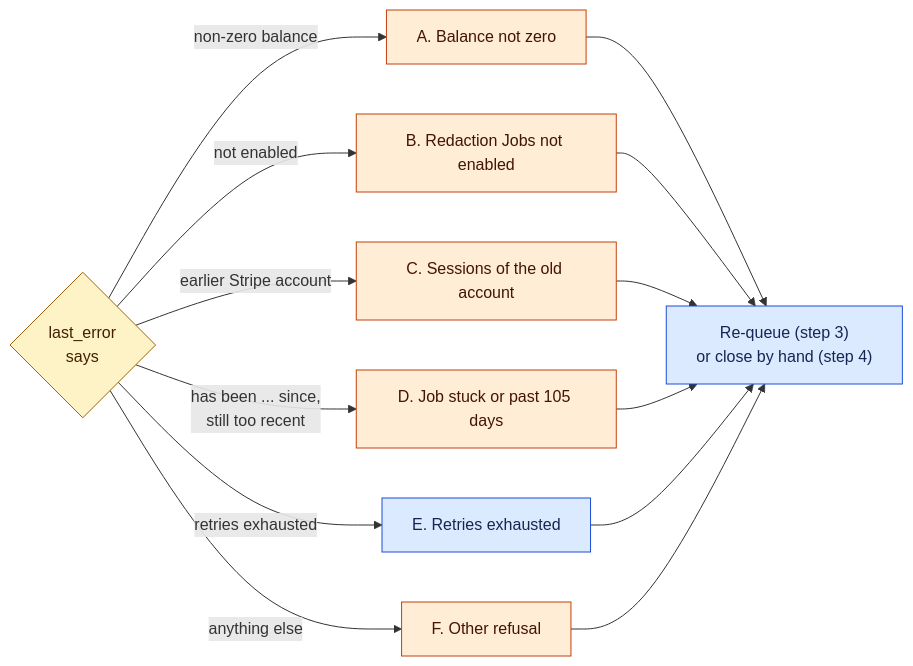
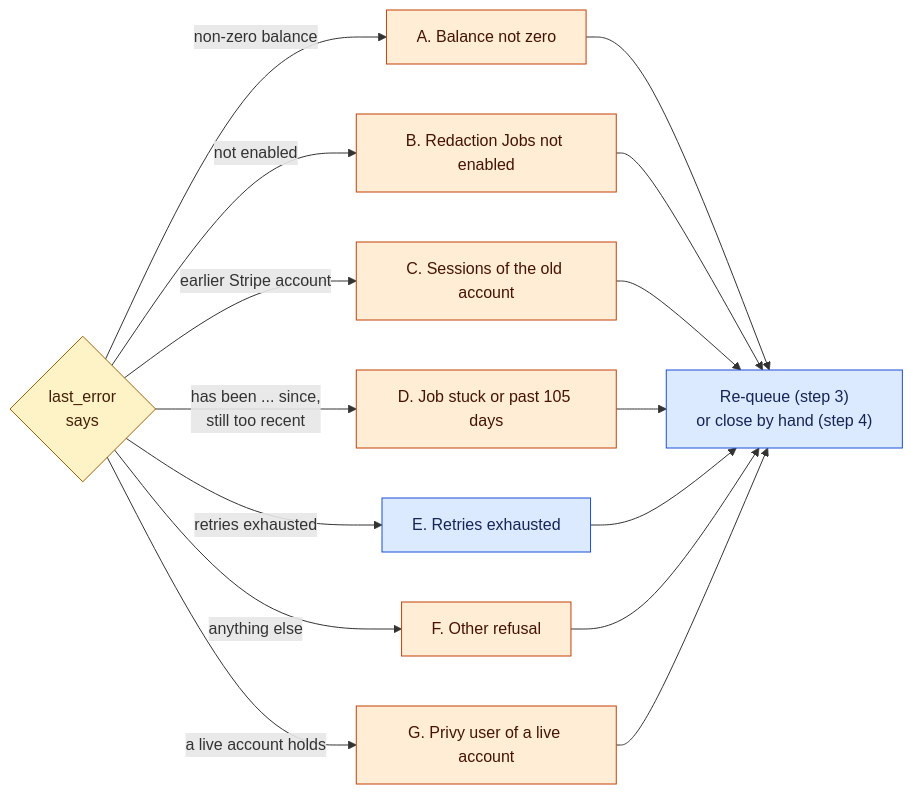
One commit to Layr-Labs/d-inference changed the second of 2 diagrams in docs/operations/account-erasure.md. Above: the diagram before and after it, drawn with Mermaid. The commit also changed other lines of this file and 8 other files, not shown here.

````diff
--- a/docs/operations/account-erasure.md
+++ b/docs/operations/account-erasure.md
@@ -234,15 +236,16 @@
    ```mermaid
    flowchart LR
      classDef q fill:#fef3c7,stroke:#a16207,color:#422006
      classDef act fill:#dbeafe,stroke:#1d4ed8,color:#172554
      classDef hand fill:#ffedd5,stroke:#c2410c,color:#431407
 
      A{"last_error<br/>says"}:::q
      A -- "non-zero balance" --> B["A. Balance not zero"]:::hand
      A -- "not enabled" --> C["B. Redaction Jobs not enabled"]:::hand
      A -- "earlier Stripe account" --> D["C. Sessions of the old account"]:::hand
      A -- "has been ... since,<br/>still too recent" --> E["D. Job stuck or past 105 days"]:::hand
      A -- "retries exhausted" --> F["E. Retries exhausted"]:::act
      A -- "anything else" --> G["F. Other refusal"]:::hand
-     B & C & D & E & F & G --> R["Re-queue (step 3)<br/>or close by hand (step 4)"]:::act
+     A -- "a live account holds" --> H["G. Privy user of a live account"]:::hand
+     B & C & D & E & F & G & H --> R["Re-queue (step 3)<br/>or close by hand (step 4)"]:::act
    ```
````
